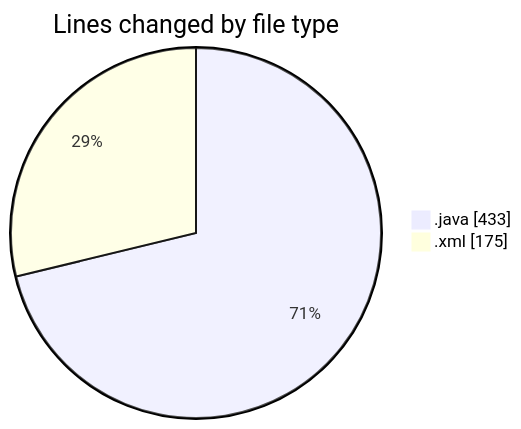
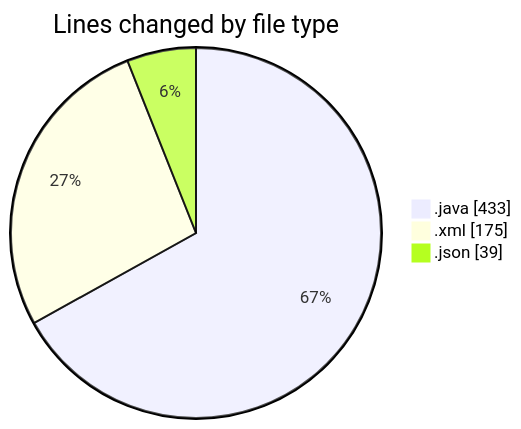
Before and after one commit to ricardozamudiocil/code-tracking: the first of 2 diagrams in 2026-07-07/cilreports__workspace_/README.md, drawn with Mermaid. The commit also changed other lines of this file and 1 other file, not shown here.

````diff
--- a/2026-07-07/cilreports__workspace_/README.md
+++ b/2026-07-07/cilreports__workspace_/README.md
@@ -21,6 +22,7 @@
 ```mermaid
 pie showData
 title Lines changed by file type
 ".java" : 433
 ".xml" : 175
+".json" : 39
 ```
````
